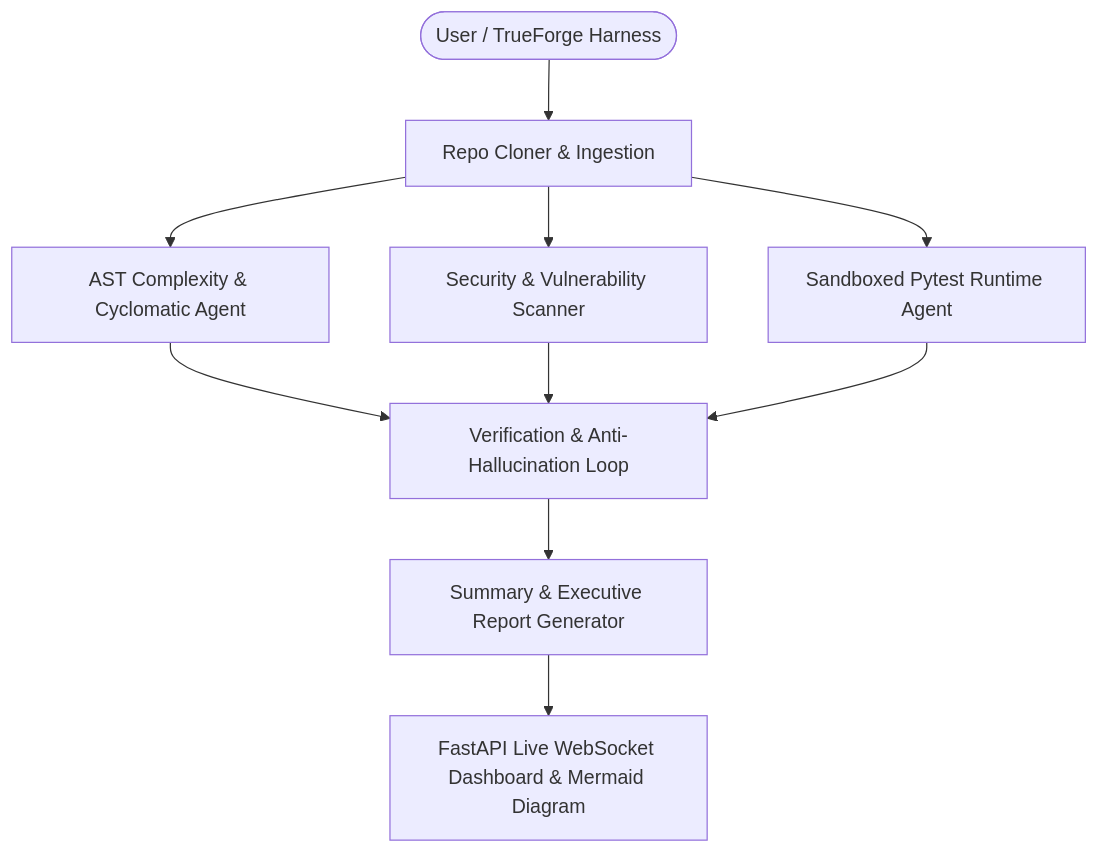
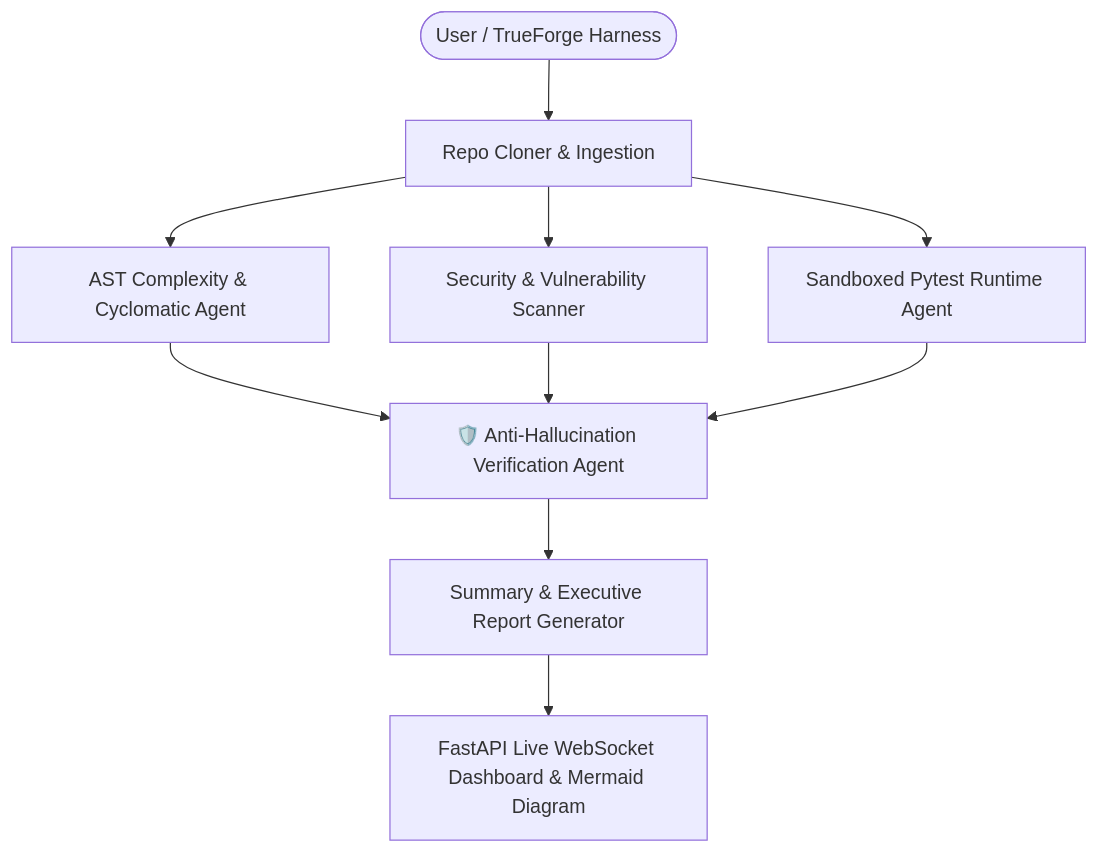
Before and after one commit to Aayush033/AI_Repo_Analyzer: the diagram in README.md, drawn with Mermaid. The commit also changed other lines of this file and 5 other files, not shown here.

````diff
--- a/README.md
+++ b/README.md
@@ -72,14 +80,14 @@
 ```mermaid
 flowchart TD
     User([User / TrueForge Harness]) --> Ingest[Repo Cloner & Ingestion]
     Ingest --> AST[AST Complexity & Cyclomatic Agent]
     Ingest --> Sec[Security & Vulnerability Scanner]
     Ingest --> Sandbox[Sandboxed Pytest Runtime Agent]
     
-    AST --> Verifier[Verification & Anti-Hallucination Loop]
+    AST --> Verifier[🛡️ Anti-Hallucination Verification Agent]
     Sec --> Verifier
     Sandbox --> Verifier
     
     Verifier --> Summary[Summary & Executive Report Generator]
     Summary --> UI[FastAPI Live WebSocket Dashboard & Mermaid Diagram]
 ```
````
